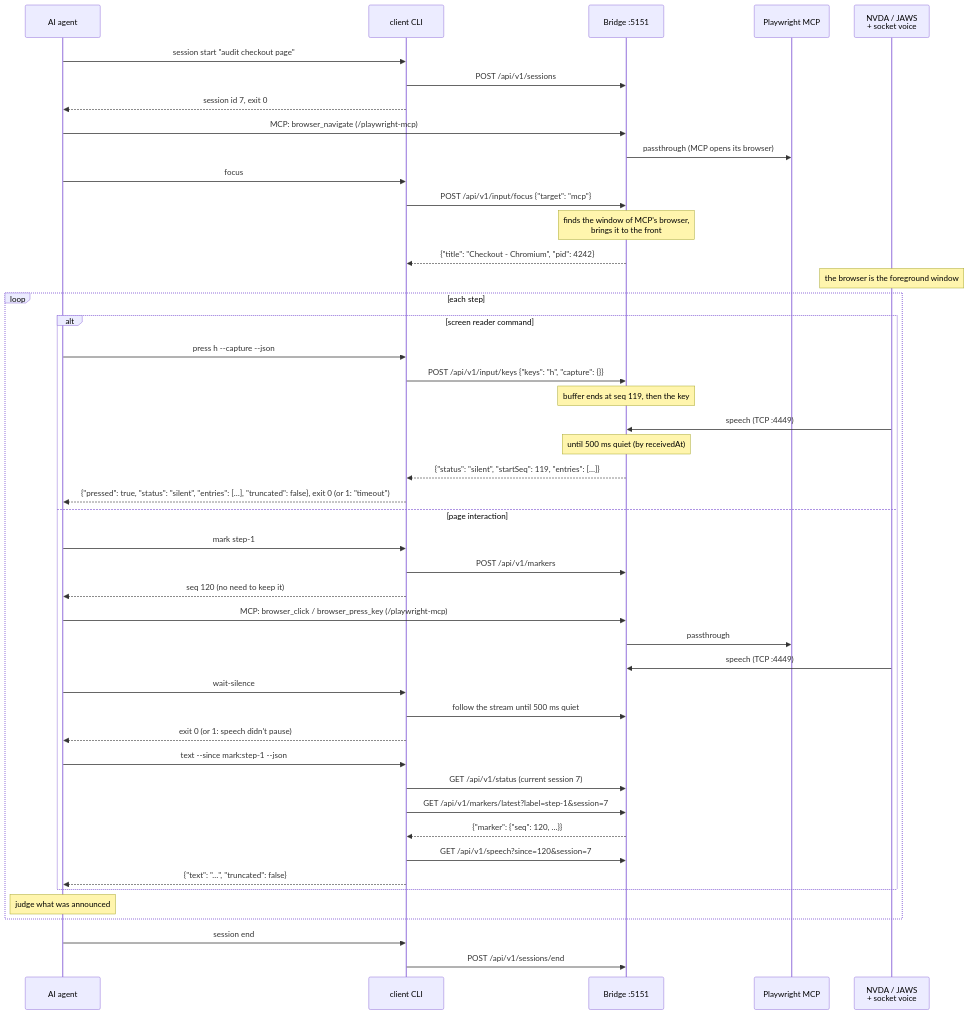
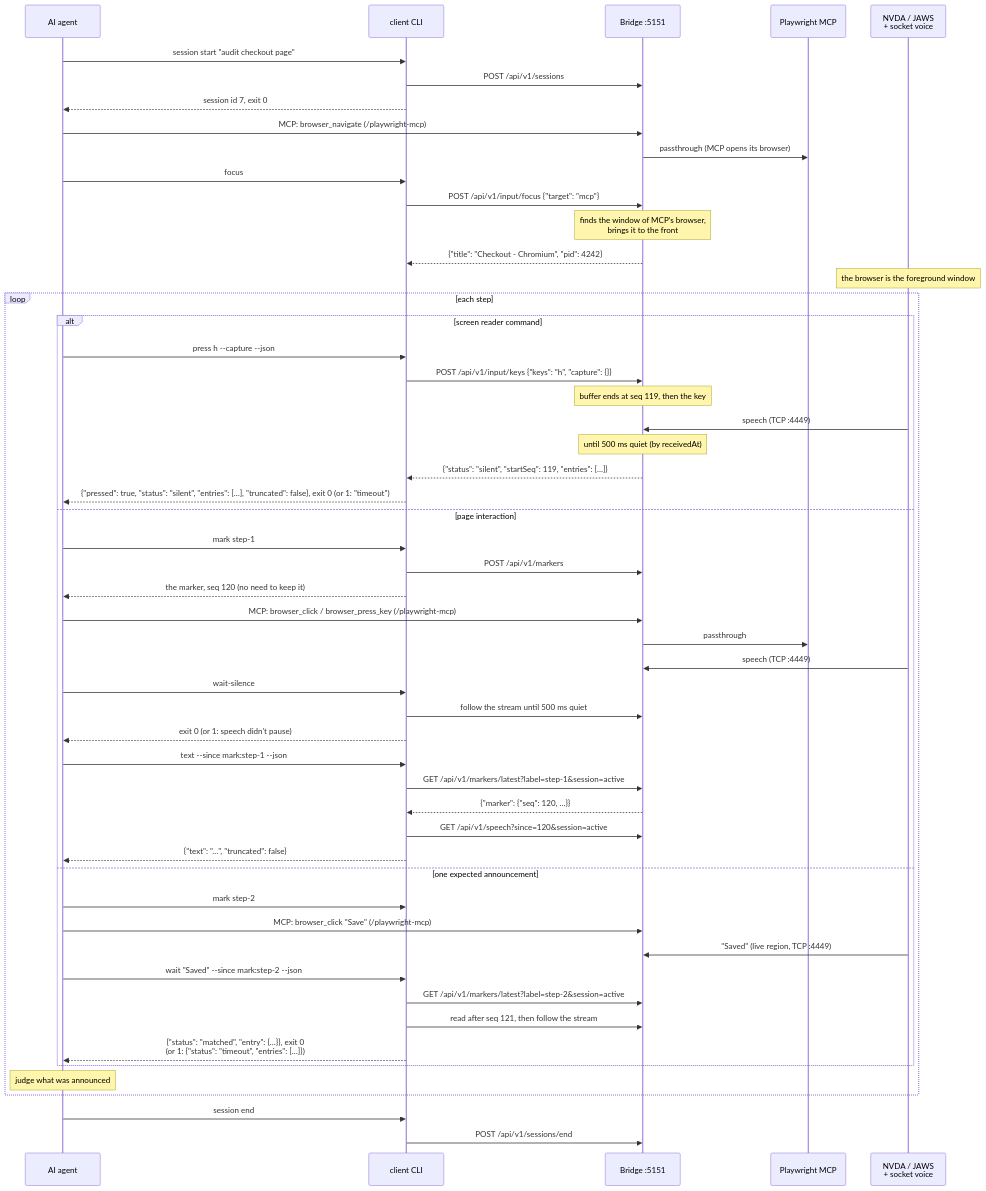
Before and after one commit to TimoSto/screenreader-speech-capture: the second of 4 diagrams in docs/usage/flows/agents.md, drawn with Mermaid. The commit also changed other lines of this file and 10 other files, not shown here.

First line of the commit message:
docs: bring the usage flows up to date and add the agent preflight and recovery (#228)

````diff
--- a/docs/usage/flows/agents.md
+++ b/docs/usage/flows/agents.md
@@ -19,49 +55,56 @@
 ```mermaid
 sequenceDiagram
     participant A as AI agent
     participant CLI as client CLI
     participant B as Bridge :5151
     participant MCP as Playwright MCP
     participant SR as NVDA / JAWS<br/>+ socket voice
 
     A->>CLI: session start "audit checkout page"
     CLI->>B: POST /api/v1/sessions
     CLI-->>A: session id 7, exit 0
     A->>B: MCP: browser_navigate (/playwright-mcp)
     B->>MCP: passthrough (MCP opens its browser)
     A->>CLI: focus
     CLI->>B: POST /api/v1/input/focus {"target": "mcp"}
     Note over B: finds the window of MCP's browser,<br/>brings it to the front
     B-->>CLI: {"title": "Checkout - Chromium", "pid": 4242}
     Note over SR: the browser is the foreground window
     loop each step
         alt screen reader command
             A->>CLI: press h --capture --json
             CLI->>B: POST /api/v1/input/keys {"keys": "h", "capture": {}}
             Note over B: buffer ends at seq 119, then the key
             SR->>B: speech (TCP :4449)
             Note over B: until 500 ms quiet (by receivedAt)
             B-->>CLI: {"status": "silent", "startSeq": 119, "entries": […]}
             CLI-->>A: {"pressed": true, "status": "silent", "entries": […], "truncated": false}, exit 0 (or 1: "timeout")
         else page interaction
             A->>CLI: mark step-1
             CLI->>B: POST /api/v1/markers
-            CLI-->>A: seq 120 (no need to keep it)
+            CLI-->>A: the marker, seq 120 (no need to keep it)
             A->>B: MCP: browser_click / browser_press_key (/playwright-mcp)
             B->>MCP: passthrough
             SR->>B: speech (TCP :4449)
             A->>CLI: wait-silence
             CLI->>B: follow the stream until 500 ms quiet
             CLI-->>A: exit 0 (or 1: speech didn't pause)
             A->>CLI: text --since mark:step-1 --json
-            CLI->>B: GET /api/v1/status (current session 7)
-            CLI->>B: GET /api/v1/markers/latest?label=step-1&session=7
+            CLI->>B: GET /api/v1/markers/latest?label=step-1&session=active
             B-->>CLI: {"marker": {"seq": 120, …}}
-            CLI->>B: GET /api/v1/speech?since=120&session=7
+            CLI->>B: GET /api/v1/speech?since=120&session=active
             CLI-->>A: {"text": "…", "truncated": false}
+        else one expected announcement
+            A->>CLI: mark step-2
+            A->>B: MCP: browser_click "Save" (/playwright-mcp)
+            SR->>B: "Saved" (live region, TCP :4449)
+            A->>CLI: wait "Saved" --since mark:step-2 --json
+            CLI->>B: GET /api/v1/markers/latest?label=step-2&session=active
+            CLI->>B: read after seq 121, then follow the stream
+            CLI-->>A: {"status": "matched", "entry": {…}}, exit 0<br/>(or 1: {"status": "timeout", "entries": […]})
         end
         Note over A: judge what was announced
     end
     A->>CLI: session end
     CLI->>B: POST /api/v1/sessions/end
 ```
````
